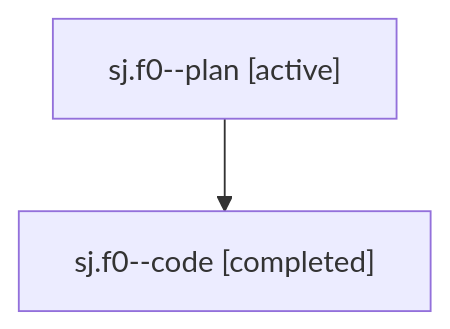
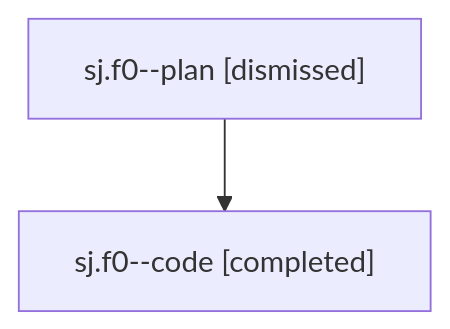
One commit to bobs-org/bob-cli--agents changed the diagram in sessions/bbugyi200.athena.sj.f0.md. Above: the diagram before and after it, drawn with Mermaid. The commit also changed other lines of this file and 28 other files, not shown here.

````diff
--- a/sessions/bbugyi200.athena.sj.f0.md
+++ b/sessions/bbugyi200.athena.sj.f0.md
@@ -9,6 +9,6 @@
 ```mermaid
 flowchart TD
-  n0["sj.f0--plan [active]"]
+  n0["sj.f0--plan [dismissed]"]
   n1["sj.f0--code [completed]"]
   n0 --> n1
 ```
````
